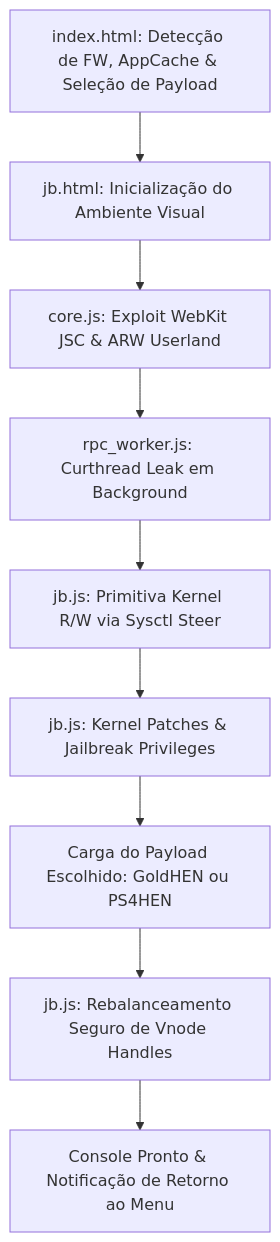
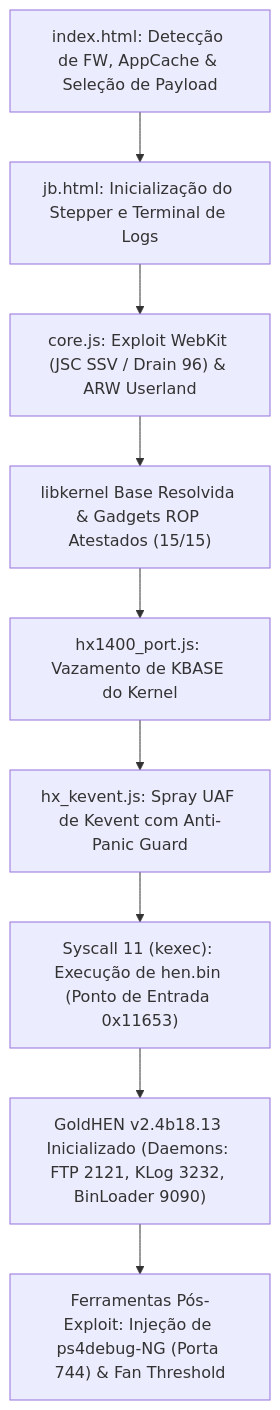
One commit to cost-12/raw13g.github.io changed the diagram in README.md. Above: the diagram before and after it, drawn with Mermaid. The commit also changed other lines of this file and 4 other files, not shown here.

````diff
--- a/README.md
+++ b/README.md
@@ -172,11 +164,11 @@
 ```mermaid
 flowchart TD
-    A[index.html: Detecção de FW, AppCache & Seleção de Payload] --> B[jb.html: Inicialização do Ambiente Visual]
-    B --> C[core.js: Exploit WebKit JSC & ARW Userland]
-    C --> D[rpc_worker.js: Curthread Leak em Background]
-    D --> E[jb.js: Primitiva Kernel R/W via Sysctl Steer]
-    E --> F[jb.js: Kernel Patches & Jailbreak Privileges]
-    F --> G[Carga do Payload Escolhido: GoldHEN ou PS4HEN]
-    G --> H[jb.js: Rebalanceamento Seguro de Vnode Handles]
-    H --> I[Console Pronto & Notificação de Retorno ao Menu]
+    A["index.html: Detecção de FW, AppCache & Seleção de Payload"] --> B["jb.html: Inicialização do Stepper e Terminal de Logs"]
+    B --> C["core.js: Exploit WebKit (JSC SSV / Drain 96) & ARW Userland"]
+    C --> D["libkernel Base Resolvida & Gadgets ROP Atestados (15/15)"]
+    D --> E["hx1400_port.js: Vazamento de KBASE do Kernel"]
+    E --> F["hx_kevent.js: Spray UAF de Kevent com Anti-Panic Guard"]
+    F --> G["Syscall 11 (kexec): Execução de hen.bin (Ponto de Entrada 0x11653)"]
+    G --> H["GoldHEN v2.4b18.13 Inicializado (Daemons: FTP 2121, KLog 3232, BinLoader 9090)"]
+    H --> I["Ferramentas Pós-Exploit: Injeção de ps4debug-NG (Porta 744) & Fan Threshold"]
 ```
````
